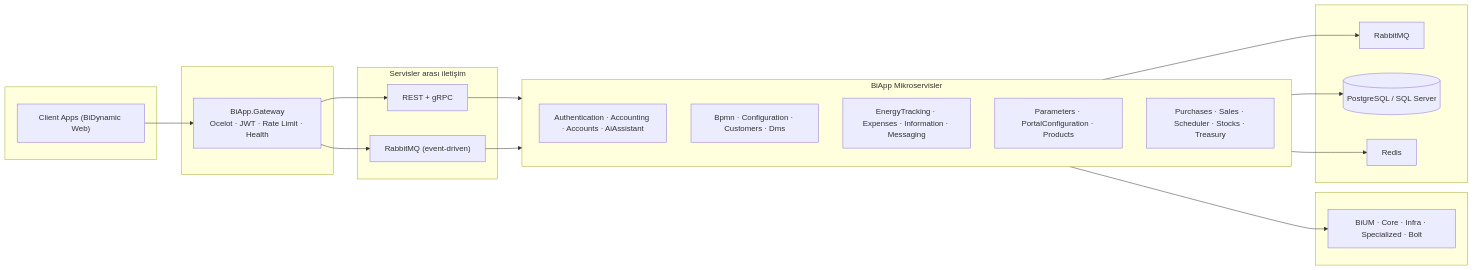
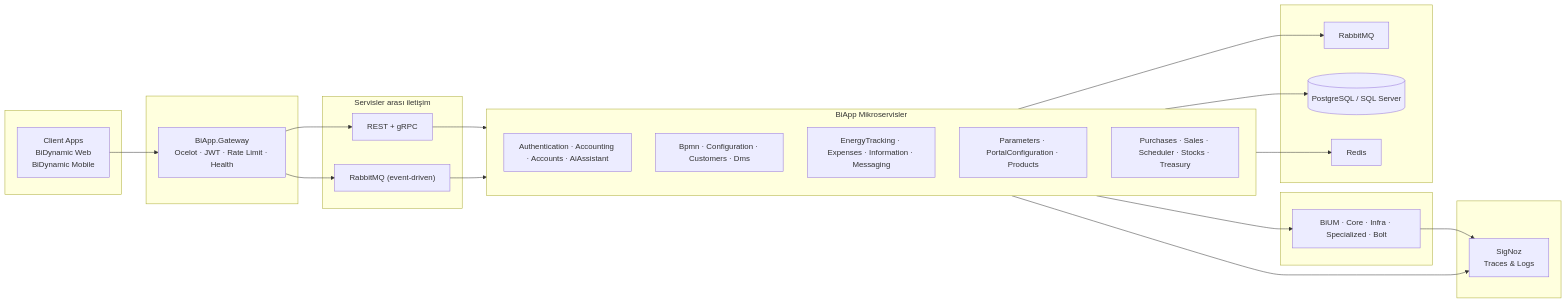
One commit to FOA-FunctiOnAir/BiUM changed the diagram in docs/BiDynamic_Topology.mmd. Above: the diagram before and after it, drawn with Mermaid. The commit also changed 3 other files, not shown here.

```diff
--- a/docs/BiDynamic_Topology.mmd
+++ b/docs/BiDynamic_Topology.mmd
@@ -1,42 +1,48 @@
 flowchart LR
     subgraph Clients[" "]
-        CA["Client Apps (BiDynamic Web)"]
+        CA["Client Apps<br/>BiDynamic Web<br/>BiDynamic Mobile"]
     end
 
     subgraph Gateway[" "]
         GW[BiApp.Gateway<br/>Ocelot · JWT · Rate Limit · Health]
     end
 
     subgraph Comms["Servisler arası iletişim"]
         REST[REST + gRPC]
         MQ["RabbitMQ (event-driven)"]
     end
 
     subgraph Services["BiApp Mikroservisler"]
         direction TB
         S1[Authentication · Accounting · Accounts · AiAssistant]
         S2[Bpmn · Configuration · Customers · Dms]
         S3[EnergyTracking · Expenses · Information · Messaging]
         S4[Parameters · PortalConfiguration · Products]
         S5[Purchases · Sales · Scheduler · Stocks · Treasury]
     end
 
     subgraph Platform[" "]
         BIUM[BiUM · Core · Infra · Specialized · Bolt]
     end
 
+    subgraph Observability[" "]
+        SigNoz[SigNoz<br/>Traces & Logs]
+    end
+
     subgraph Data[" "]
         Rabbit[RabbitMQ]
         DB[(PostgreSQL / SQL Server)]
         Redis[Redis]
     end
 
     CA --> GW
     GW --> REST
     GW --> MQ
     REST --> Services
     MQ --> Services
     Services --> BIUM
+    Services --> SigNoz
+    BIUM --> SigNoz
     Services --> Rabbit
     Services --> DB
     Services --> Redis
```
